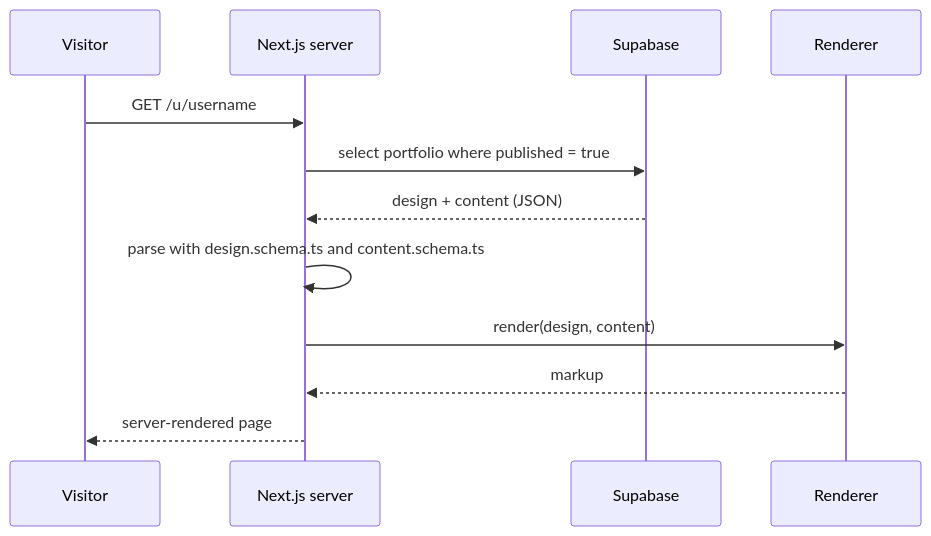
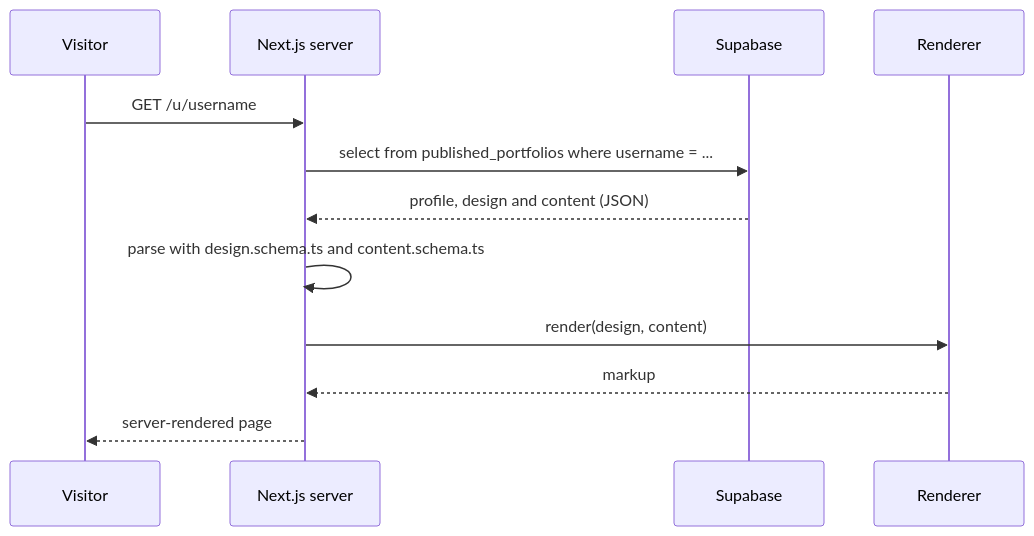
Before and after one commit to OfficialAbdullahSH/Folio: the first of 5 diagrams in docs/ARCHITECTURE.md, drawn with Mermaid. The commit also changed other lines of this file and 44 other files, not shown here.

````diff
--- a/docs/ARCHITECTURE.md
+++ b/docs/ARCHITECTURE.md
@@ -78,14 +83,14 @@
 ```mermaid
 sequenceDiagram
     participant V as Visitor
     participant N as Next.js server
     participant S as Supabase
     participant R as Renderer
     V->>N: GET /u/username
-    N->>S: select portfolio where published = true
-    S-->>N: design + content (JSON)
+    N->>S: select from published_portfolios where username = ...
+    S-->>N: profile, design and content (JSON)
     N->>N: parse with design.schema.ts and content.schema.ts
     N->>R: render(design, content)
     R-->>N: markup
     N-->>V: server-rendered page
 ```
````
